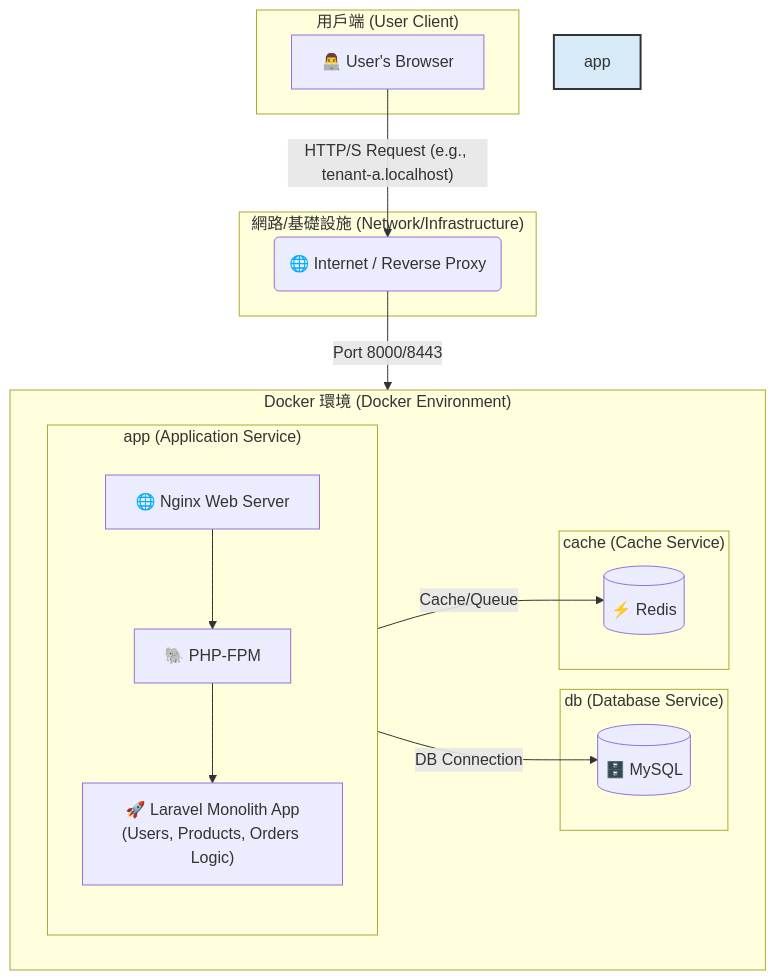
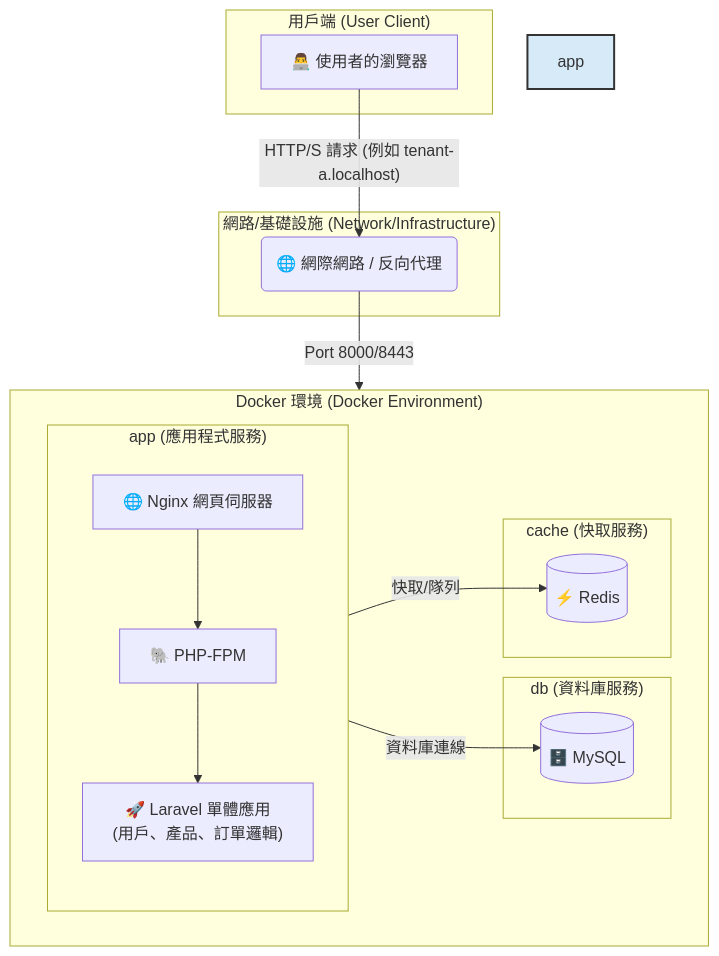
The first of 2 diagrams in README.md (BpsEason/laravel_saas_boilerplate), drawn with Mermaid before and after one commit. The commit also changed other lines of this file, not shown here.

````diff
--- a/README.md
+++ b/README.md
@@ -130,34 +185,34 @@
 ```mermaid
 graph TD
     subgraph "用戶端 (User Client)"
-        U[👨‍💻 User's Browser]
+        U[👨‍💻 使用者的瀏覽器]
     end
 
     subgraph "網路/基礎設施 (Network/Infrastructure)"
-        LB(🌐 Internet / Reverse Proxy)
+        LB(🌐 網際網路 / 反向代理)
     end
 
     subgraph "Docker 環境 (Docker Environment)"
         direction LR
-        subgraph "app (Application Service)"
+        subgraph "app (應用程式服務)"
             style app fill:#D6EAF8,stroke:#333,stroke-width:2px
             direction TB
-            Nginx[🌐 Nginx Web Server] --> FPM[🐘 PHP-FPM]
-            FPM --> LV["🚀 Laravel Monolith App<br/>(Users, Products, Orders Logic)"]
+            Nginx[🌐 Nginx 網頁伺服器] --> FPM[🐘 PHP-FPM]
+            FPM --> LV["🚀 Laravel 單體應用<br/>(用戶、產品、訂單邏輯)"]
         end
 
-        subgraph "db (Database Service)"
+        subgraph "db (資料庫服務)"
             DB[(🗄️ MySQL)]
         end
 
-        subgraph "cache (Cache Service)"
+        subgraph "cache (快取服務)"
             Redis[(⚡ Redis)]
         end
     end
     
-    U -- "HTTP/S Request (e.g., tenant-a.localhost)" --> LB
+    U -- "HTTP/S 請求 (例如 tenant-a.localhost)" --> LB
     LB -- "Port 8000/8443" --> Nginx
 
-    LV -- "DB Connection" --> DB
-    LV -- "Cache/Queue" --> Redis
+    LV -- "資料庫連線" --> DB
+    LV -- "快取/隊列" --> Redis
 ```
````
